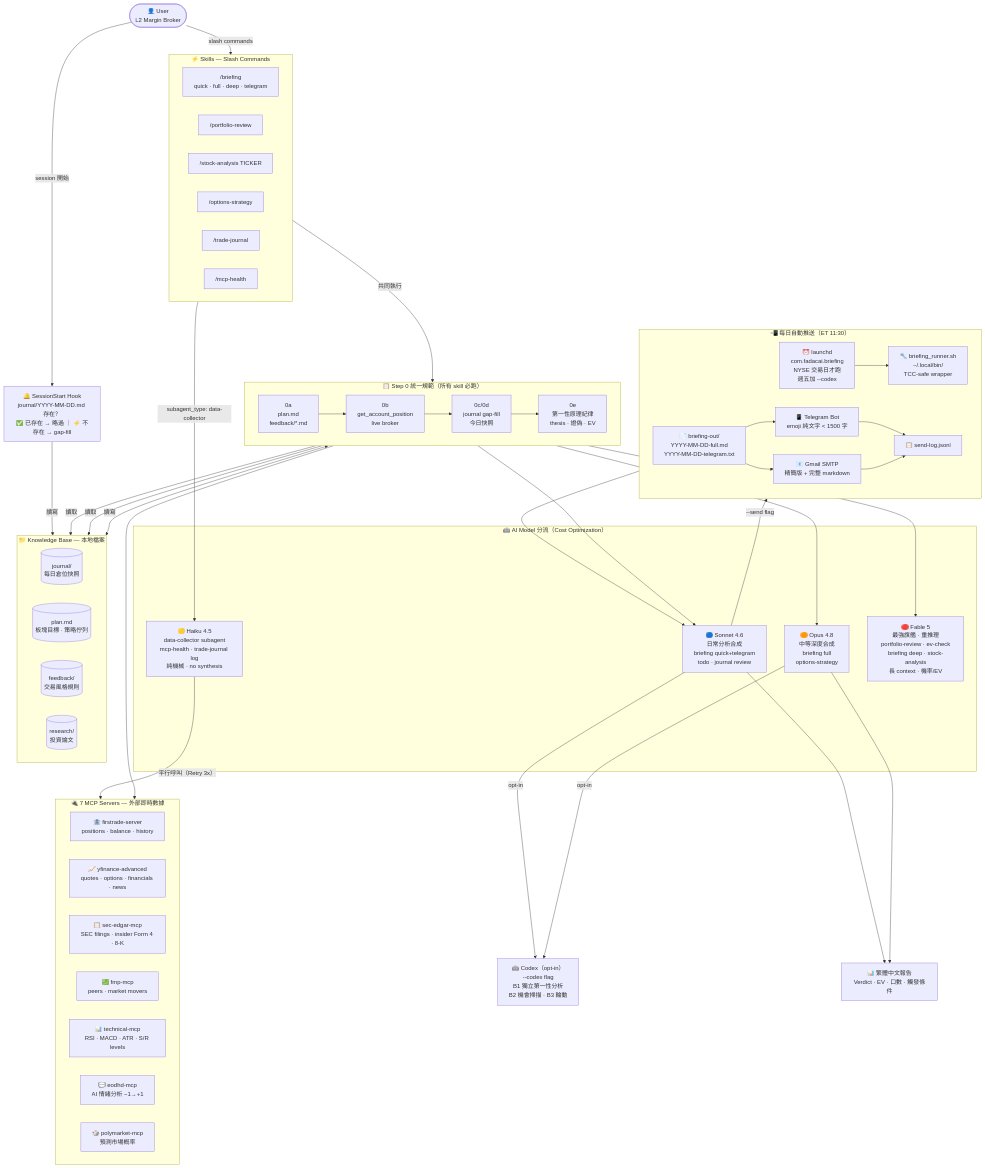
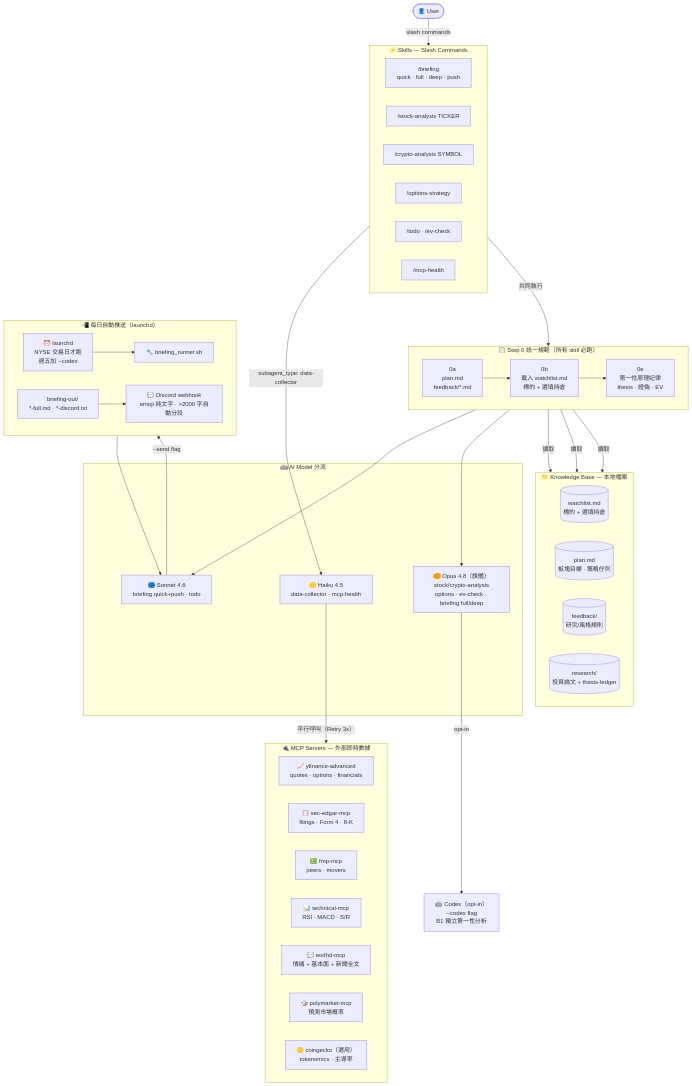
The diagram in README.md (stanleytengg/alpha-desk), drawn with Mermaid before and after one commit. The commit also changed other lines of this file and 47 other files, not shown here.

Commit message:
feat: watchlist-driven research + crypto + Discord; drop broker/portfolio mgmt

````diff
--- a/README.md
+++ b/README.md
@@ -19,19 +32,15 @@
 ```mermaid
 flowchart TD
-    User(["👤 User<br/>L2 Margin Broker"])
-
-    Hook["🔔 SessionStart Hook<br/>journal/YYYY-MM-DD.md 存在？<br/>✅ 已存在 → 略過 ｜ ⚡ 不存在 → gap-fill"]
-
-    User -->|session 開始| Hook
+    User(["👤 User"])
     User -->|slash commands| Skills
 
     subgraph Skills ["⚡ Skills — Slash Commands"]
         direction LR
-        B["/briefing<br/>quick · full · deep · telegram"]
-        PR["/portfolio-review"]
+        B["/briefing<br/>quick · full · deep · push"]
         SA["/stock-analysis TICKER"]
+        CA["/crypto-analysis SYMBOL"]
         OS["/options-strategy"]
-        TJ["/trade-journal"]
+        TODO["/todo · /ev-check"]
         MH["/mcp-health"]
     end
 
@@ -39,64 +48,53 @@
 
     subgraph Step0 ["📋 Step 0 統一規範（所有 skill 必跑）"]
         direction LR
-        s0a["0a<br/>plan.md<br/>feedback/*.md"] --> s0b["0b<br/>get_account_position<br/>live broker"] --> s0c["0c/0d<br/>journal gap-fill<br/>今日快照"] --> s0e["0e<br/>第一性原理紀律<br/>thesis · 證偽 · EV"]
+        s0a["0a<br/>plan.md<br/>feedback/*.md"] --> s0b["0b<br/>載入 watchlist.md<br/>標的 + 選填持倉"] --> s0e["0e<br/>第一性原理紀律<br/>thesis · 證偽 · EV"]
     end
 
-    subgraph Models ["🤖 AI Model 分流（Cost Optimization）"]
-        HAIKU["🟡 Haiku 4.5<br/>data-collector subagent<br/>mcp-health · trade-journal log<br/>純機械 · no synthesis"]
-        SONNET["🔵 Sonnet 4.6<br/>日常分析合成<br/>briefing quick+telegram<br/>todo · journal review"]
-        OPUS["🟠 Opus 4.8<br/>中等深度合成<br/>briefing full<br/>options-strategy"]
-        FABLE["🔴 Fable 5<br/>最強旗艦 · 重推理<br/>portfolio-review · ev-check<br/>briefing deep · stock-analysis<br/>長 context · 機率/EV"]
+    subgraph Models ["🤖 AI Model 分流"]
+        HAIKU["🟡 Haiku 4.5<br/>data-collector · mcp-health"]
+        SONNET["🔵 Sonnet 4.6<br/>briefing quick+push · todo"]
+        OPUS["🟠 Opus 4.8（旗艦）<br/>stock/crypto-analysis<br/>options · ev-check · briefing full/deep"]
     end
 
-    s0e --> SONNET & OPUS & FABLE
+    s0e --> SONNET & OPUS
     Skills -->|"subagent_type: data-collector"| HAIKU
 
-    subgraph MCP ["🔌 7 MCP Servers — 外部即時數據"]
+    subgraph MCP ["🔌 MCP Servers — 外部即時數據"]
         direction LR
-        FT["🏦 firstrade-server<br/>positions · balance · history"]
-        YF["📈 yfinance-advanced<br/>quotes · options · financials · news"]
-        SEC["📋 sec-edgar-mcp<br/>SEC filings · insider Form 4 · 8-K"]
-        FMP["💹 fmp-mcp<br/>peers · market movers"]
-        TECH["📊 technical-mcp<br/>RSI · MACD · ATR · S/R levels"]
-        EODHD["💬 eodhd-mcp<br/>AI 情緒分析 −1→+1"]
+        YF["📈 yfinance-advanced<br/>quotes · options · financials"]
+        SEC["📋 sec-edgar-mcp<br/>filings · Form 4 · 8-K"]
+        FMP["💹 fmp-mcp<br/>peers · movers"]
+        TECH["📊 technical-mcp<br/>RSI · MACD · S/R"]
+        EODHD["💬 eodhd-mcp<br/>情緒 + 基本面 + 新聞全文"]
         PM["🎲 polymarket-mcp<br/>預測市場概率"]
+        CG["🪙 coingecko（選用）<br/>tokenomics · 主導率"]
     end
 
     HAIKU -->|平行呼叫（Retry 3x）| MCP
-    s0b --> FT
-    Hook -->|讀寫| JRL
 
     subgraph KB ["📁 Knowledge Base — 本地檔案"]
         direction LR
+        WL[("watchlist.md<br/>標的 + 選填持倉")]
         PL[("plan.md<br/>板塊目標 · 策略佇列")]
-        FB[("feedback/<br/>交易風格規則")]
-        JRL[("journal/<br/>每日倉位快照")]
-        RES[("research/<br/>投資論文")]
+        FB[("feedback/<br/>研究/風格規則")]
+        RES[("research/<br/>投資論文 + thesis-ledger")]
     end
 
     s0a -->|讀取| PL & FB
-    s0c <-->|讀寫| JRL
+    s0b -->|讀取| WL
 
-    CODEX["🤖 Codex（opt-in）<br/>--codex flag<br/>B1 獨立第一性分析<br/>B2 機會掃描 · B3 輪動"]
-    SONNET & OPUS -->|opt-in| CODEX
+    CODEX["🤖 Codex（opt-in）<br/>--codex flag<br/>B1 獨立第一性分析"]
+    OPUS -->|opt-in| CODEX
 
-    subgraph AutoSend ["📲 每日自動推送（ET 11:30）"]
+    subgraph AutoSend ["📲 每日自動推送（launchd）"]
         direction LR
-        LAUNCHD["⏰ launchd<br/>com.fadacai.briefing<br/>NYSE 交易日才跑<br/>週五加 --codex"]
-        RUNNER["🔧 briefing_runner.sh<br/>~/.local/bin/<br/>TCC-safe wrapper"]
-        OUT_FILES["📄 briefing-out/<br/>YYYY-MM-DD-full.md<br/>YYYY-MM-DD-telegram.txt"]
-        TG["📱 Telegram Bot<br/>emoji 純文字 < 1500 字"]
-        EMAIL["📧 Gmail SMTP<br/>精簡版 + 完整 markdown"]
-        SENDLOG["📋 send-log.jsonl"]
+        LAUNCHD["⏰ launchd<br/>NYSE 交易日才跑<br/>週五加 --codex"]
+        RUNNER["🔧 briefing_runner.sh"]
+        OUT_FILES["📄 briefing-out/<br/>*-full.md · *-discord.txt"]
+        DISCORD["💬 Discord webhook<br/>emoji 純文字 · >2000 字自動分段"]
     end
 
     LAUNCHD --> RUNNER --> SONNET
-    SONNET -->|--send flag| OUT_FILES
-    OUT_FILES --> TG & EMAIL
-    TG & EMAIL --> SENDLOG
-
-    OUT["📊 繁體中文報告<br/>Verdict · EV · 口數 · 觸發條件"]
-    SONNET --> OUT
-    OPUS --> OUT
+    SONNET -->|--send flag| OUT_FILES --> DISCORD
 ```
````
